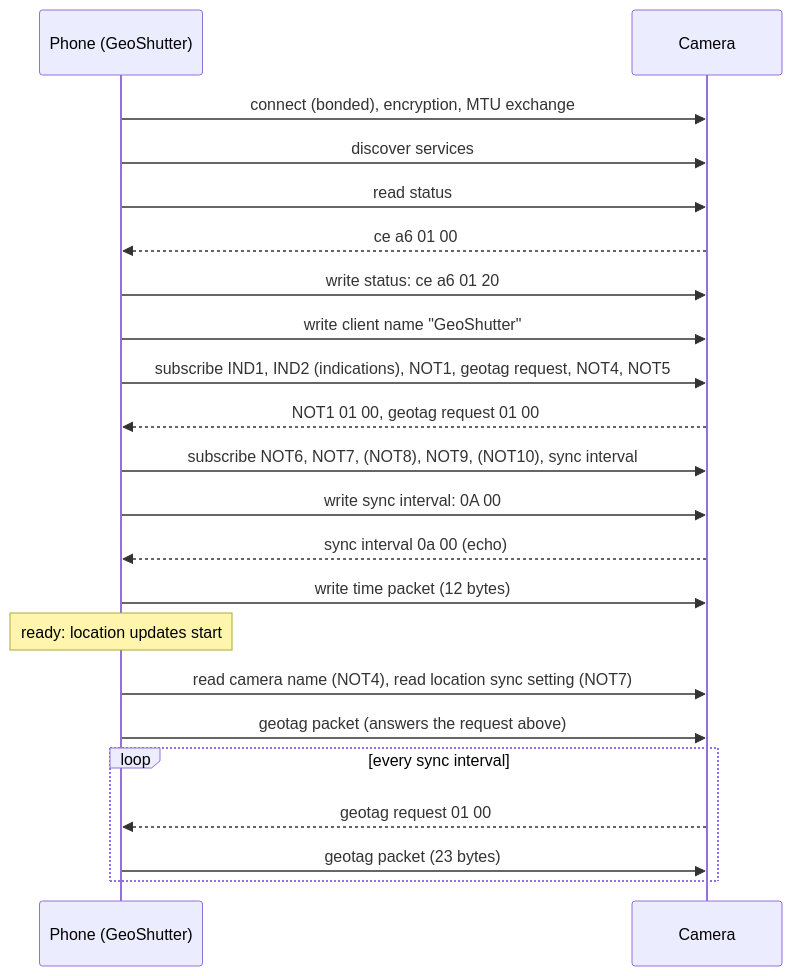
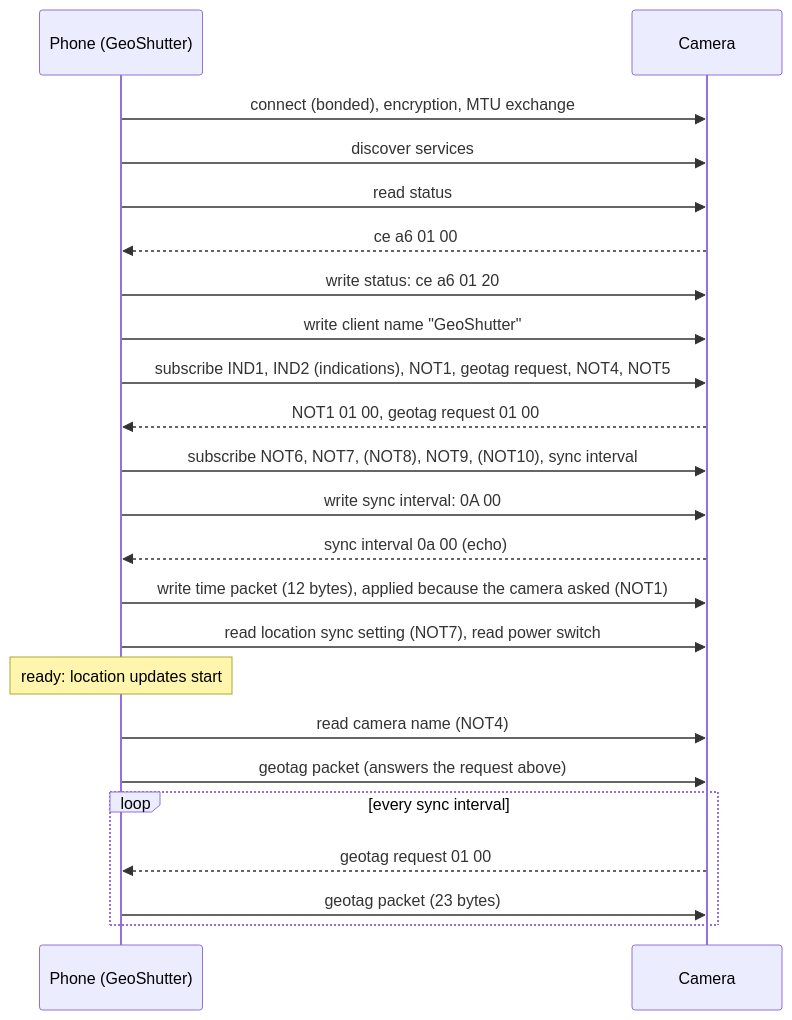
One commit to sarmadjari/GeoShutter changed the diagram in docs/fujifilm-protocol.md. Above: the diagram before and after it, drawn with Mermaid. The commit also changed other lines of this file and 26 other files, not shown here.

First line of the commit message:
feat: keep a switched-off Fujifilm camera's location up to date in standby

````diff
--- a/docs/fujifilm-protocol.md
+++ b/docs/fujifilm-protocol.md
@@ -210,24 +232,25 @@
 ```mermaid
 sequenceDiagram
     participant P as Phone (GeoShutter)
     participant C as Camera
     P->>C: connect (bonded), encryption, MTU exchange
     P->>C: discover services
     P->>C: read status
     C-->>P: ce a6 01 00
     P->>C: write status: ce a6 01 20
     P->>C: write client name "GeoShutter"
     P->>C: subscribe IND1, IND2 (indications), NOT1, geotag request, NOT4, NOT5
     C-->>P: NOT1 01 00, geotag request 01 00
     P->>C: subscribe NOT6, NOT7, (NOT8), NOT9, (NOT10), sync interval
     P->>C: write sync interval: 0A 00
     C-->>P: sync interval 0a 00 (echo)
-    P->>C: write time packet (12 bytes)
+    P->>C: write time packet (12 bytes), applied because the camera asked (NOT1)
+    P->>C: read location sync setting (NOT7), read power switch
     Note over P: ready: location updates start
-    P->>C: read camera name (NOT4), read location sync setting (NOT7)
+    P->>C: read camera name (NOT4)
     P->>C: geotag packet (answers the request above)
     loop every sync interval
         C-->>P: geotag request 01 00
         P->>C: geotag packet (23 bytes)
     end
 ```
````
